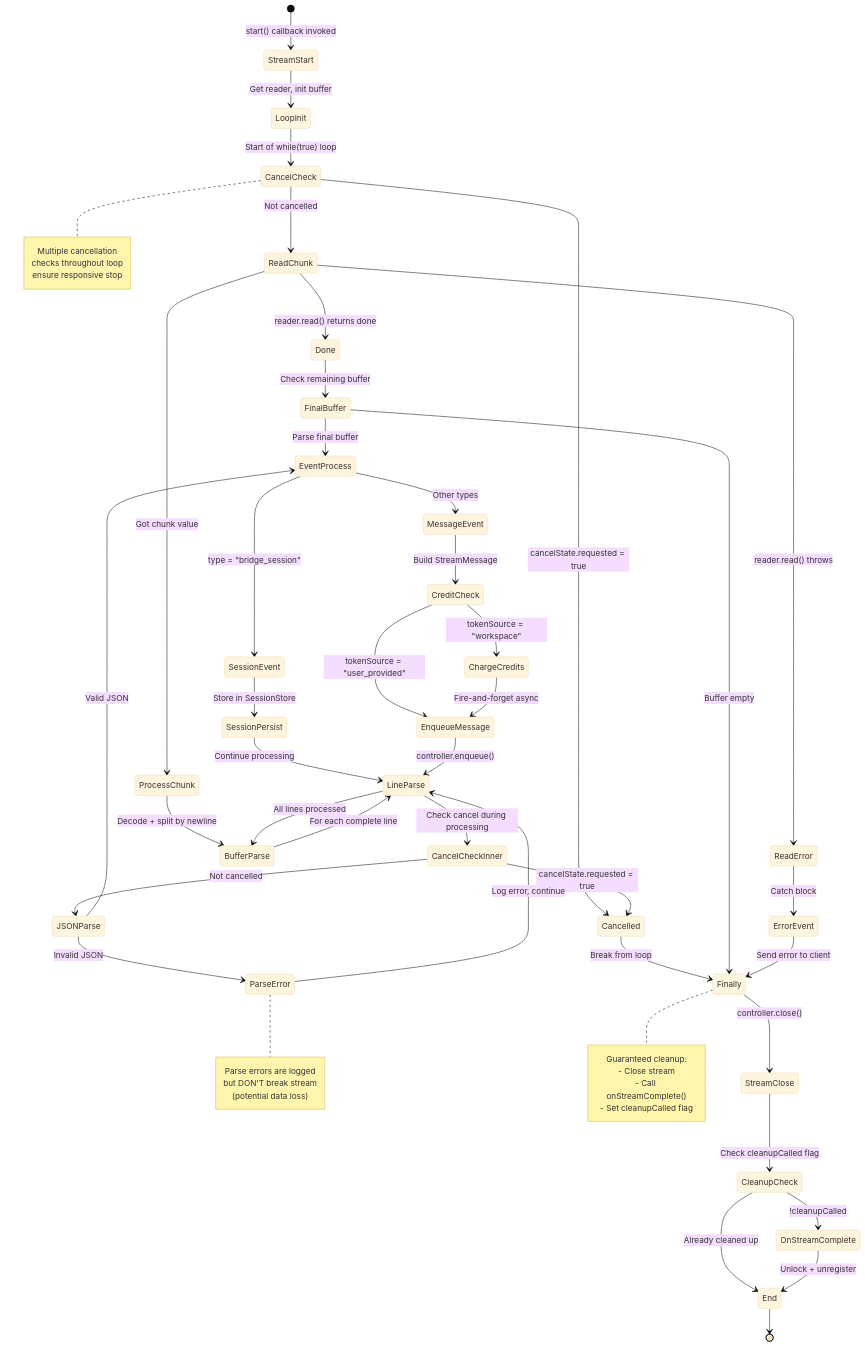
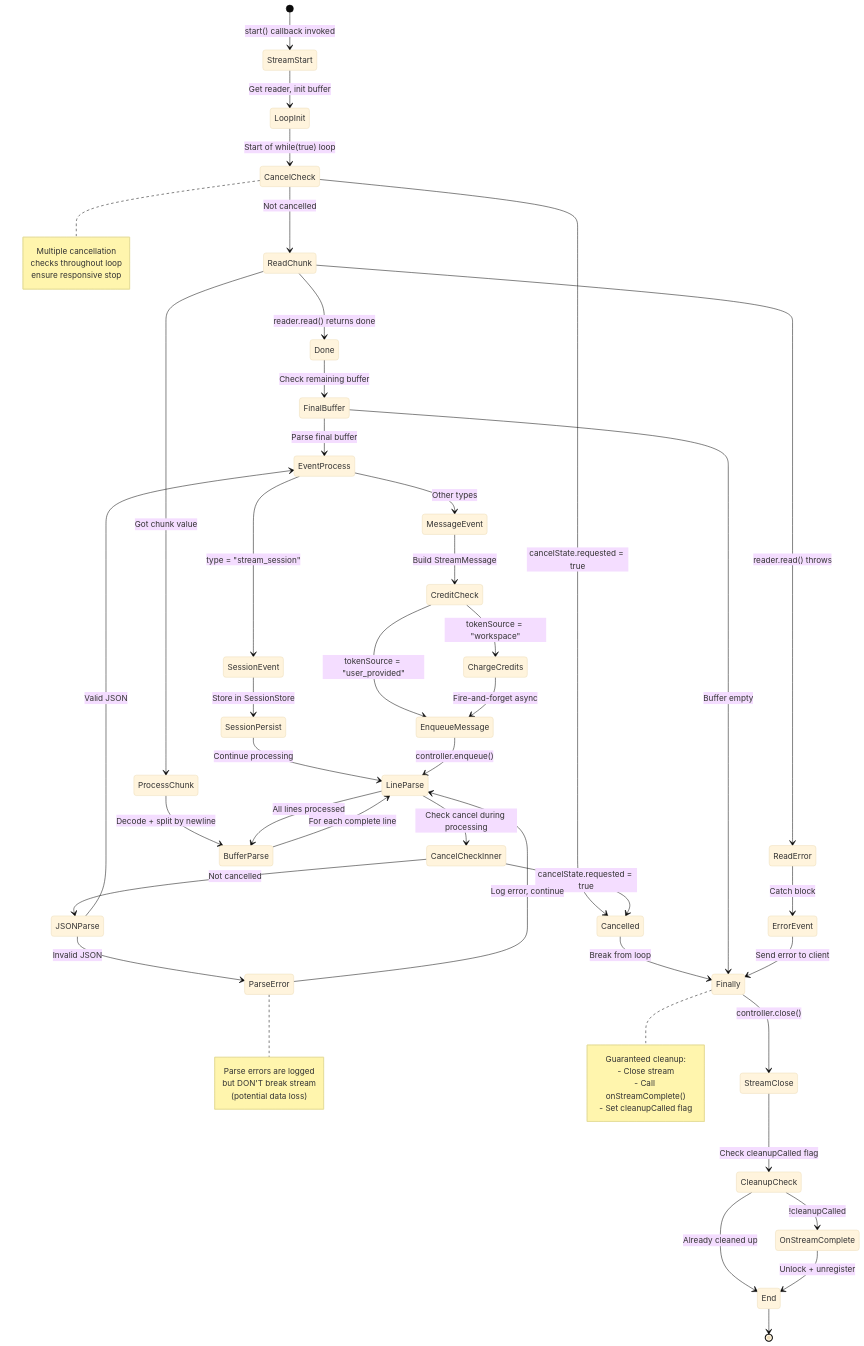
The third of 11 diagrams in docs/architecture/STREAM_ORCHESTRATOR_DIAGRAMS.md (eenlars/alive), drawn with Mermaid (base theme) before and after one commit. The commit also changed other lines of this file and 153 other files, not shown here.

```diff
--- a/docs/architecture/STREAM_ORCHESTRATOR_DIAGRAMS.md
+++ b/docs/architecture/STREAM_ORCHESTRATOR_DIAGRAMS.md
@@ -176,7 +176,7 @@
 
     ParseError --> LineParse: Log error, continue
 
-    EventProcess --> SessionEvent: type = "bridge_session"
+    EventProcess --> SessionEvent: type = "stream_session"
     EventProcess --> MessageEvent: Other types
 
     SessionEvent --> SessionPersist: Store in SessionStore
```
